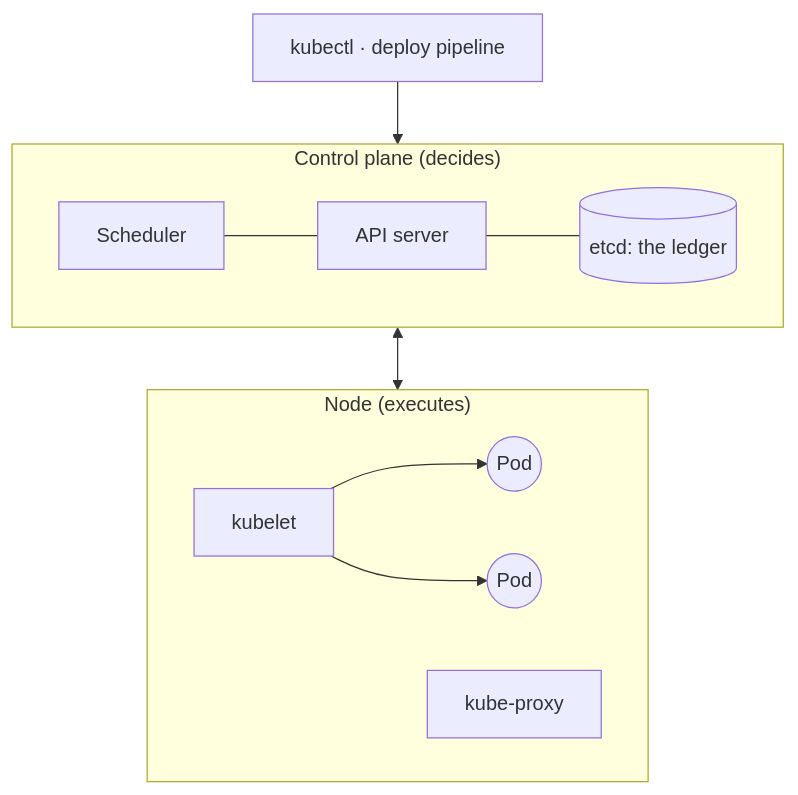
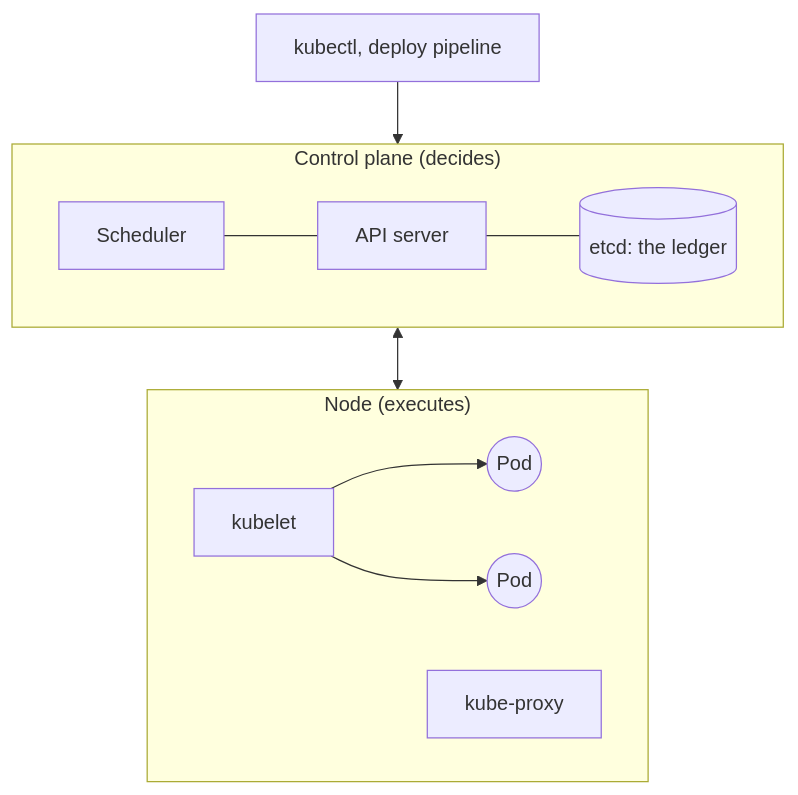
The first of 3 diagrams in apps/blog/posts/2026/08/k8s-for-frontend-1.en.md (yceffort/blog), drawn with Mermaid before and after one commit. The commit also changed other lines of this file and 1 other file, not shown here.

Commit message:
📝 Soften AI tone in k8s series part 1

````diff
--- a/apps/blog/posts/2026/08/k8s-for-frontend-1.en.md
+++ b/apps/blog/posts/2026/08/k8s-for-frontend-1.en.md
@@ -56,14 +56,14 @@
 ```mermaid
 flowchart TB
-    KC["kubectl · deploy pipeline"] --> API
+    KC["kubectl, deploy pipeline"] --> API
     subgraph CP["Control plane (decides)"]
         direction LR
         SCH["Scheduler"] --- API["API server"] --- ETCD[("etcd: the ledger")]
     end
     API <--> KL
     subgraph N["Node (executes)"]
         direction LR
         KP["kube-proxy"]
         KL["kubelet"] --> P1(("Pod")) & P2(("Pod"))
     end
 ```
````
